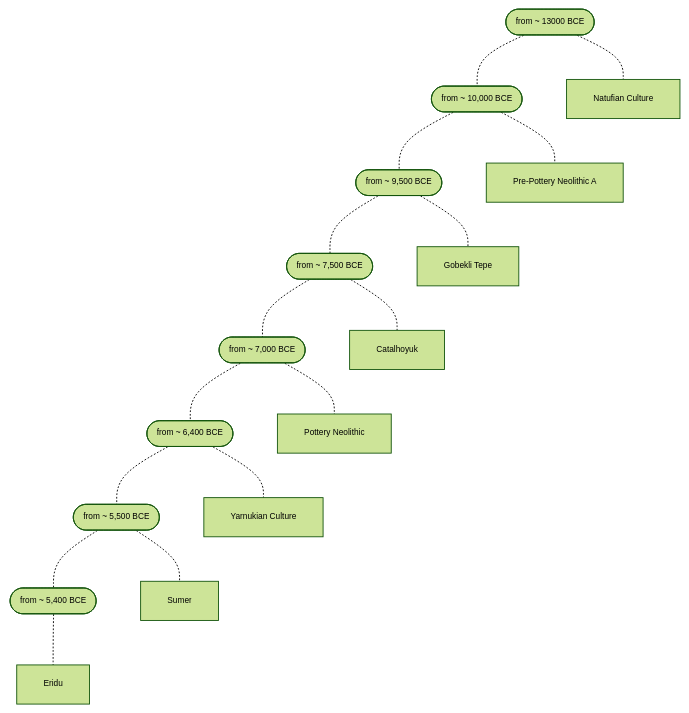
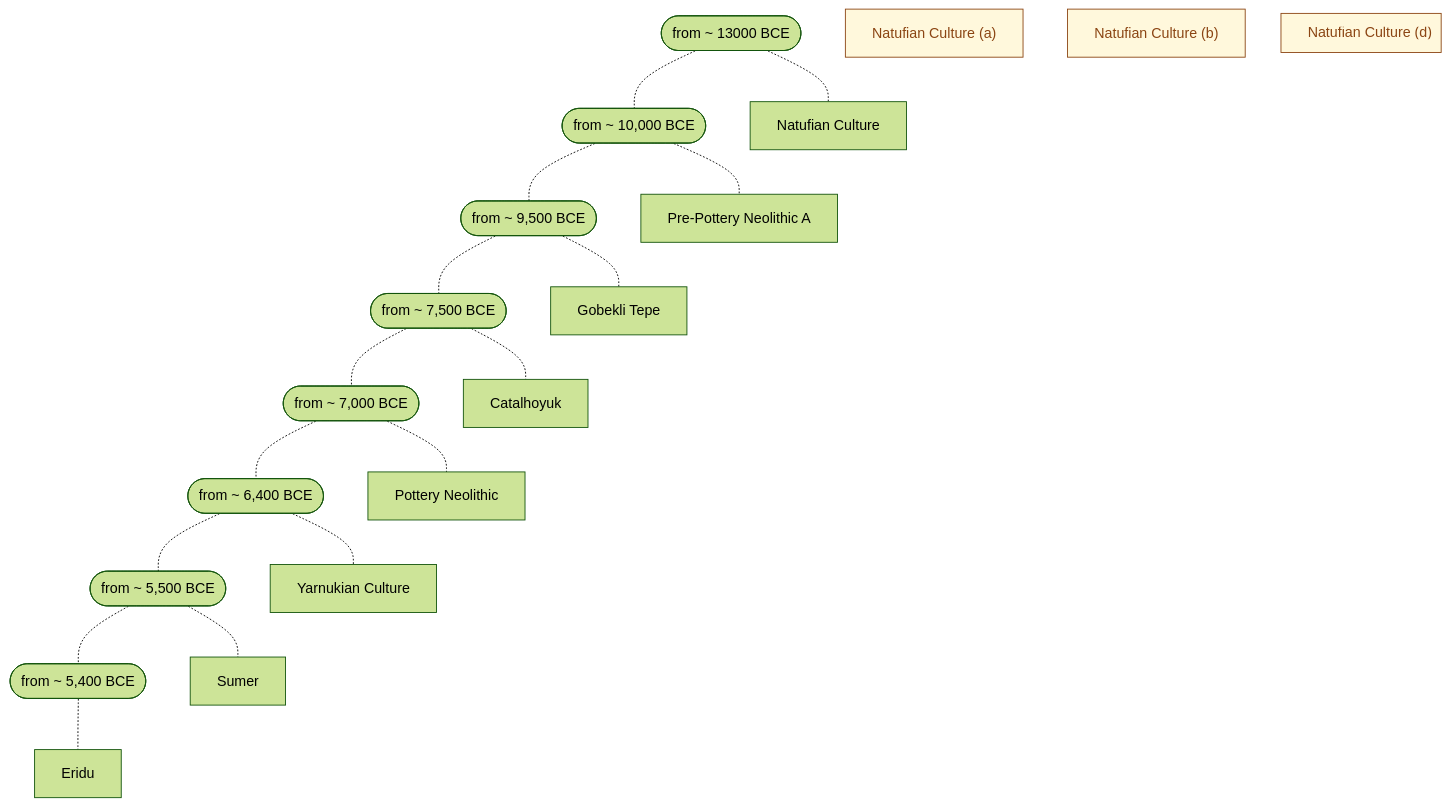
The diagram in 0000_General/timeline_v1.01.md (joe-dorward/samples), drawn with Mermaid before and after one commit.

````diff
--- a/0000_General/timeline_v1.01.md
+++ b/0000_General/timeline_v1.01.md
@@ -1,31 +1,42 @@
 ```mermaid
-%%{init: { 'theme':'forest', 'themeVariables': { 'fontSize':'7pt' } }}%%
+%%{init: { 'theme':'forest', 'themeVariables': { 'fontSize':'12pt' } }}%%
 flowchart TD
+      %%classDef Note fill:cornsilk, stroke:saddlebrown, color:saddlebrown, font-family:verdana, text-align:left, line-height:50%, margin:0px;
+
+    classDef Note_a fill:cornsilk, stroke:saddlebrown, color:saddlebrown;
+    classDef Note_b fill:cornsilk, stroke:saddlebrown, color:saddlebrown, margin:0px, padding:0px;
+    classDef Note_c fill:cornsilk, stroke:saddlebrown, color:saddlebrown, height:40px, margin:0px, padding:0px;
+    classDef Note_d fill:cornsilk, stroke:saddlebrown, color:saddlebrown, justify:left, height:44px, width:180px, margin:0px, padding:0px, line-height:90%;
     %% ========== ========== ========== ========== ==========
     13000([from ~ 13000 BCE])-.-
     10000([from ~ 10,000 BCE])-.-
     9500([from ~ 9,500 BCE])-.-
     7500([from ~ 7,500 BCE])-.-
     7000([from ~ 7,000 BCE])-.-
     6400([from ~ 6,400 BCE])-.-
     5500([from ~ 5,500 BCE])-.-
     5400([from ~ 5,400 BCE])
+
+    NATUFIAN_a["Natufian Culture (a)"]:::Note_a
+    NATUFIAN_b["Natufian Culture (b)"]:::Note_b
+    %%NATUFIAN_c["Natufian Culture (c)"]:::Note_c
+    NATUFIAN_d["Natufian Culture (d)"]:::Note_d
 
     NATUFIAN[Natufian Culture]
     PRE_POTTERY_NEOLITHIC_A[Pre-Pottery Neolithic A]
     GOBEKLI_TEPE[Gobekli Tepe]
     CATALHOYUK[Catalhoyuk]
     POTTERY_NEOLITHIC[Pottery Neolithic]
     YARNUKIAN["Yarnukian Culture"]
     SUMER[Sumer]
     ERIDU[Eridu]
 
     13000-.-NATUFIAN
     10000-.-PRE_POTTERY_NEOLITHIC_A
     9500-.-GOBEKLI_TEPE
     7500-.-CATALHOYUK
     7000-.-POTTERY_NEOLITHIC
     6400-.-YARNUKIAN
     5500-.-SUMER
     5400-.-ERIDU
 ```
````
